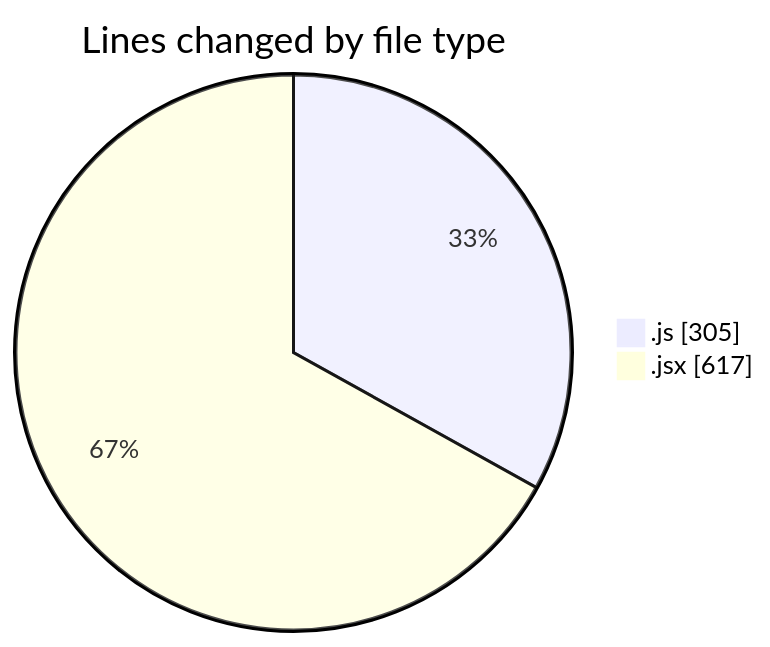
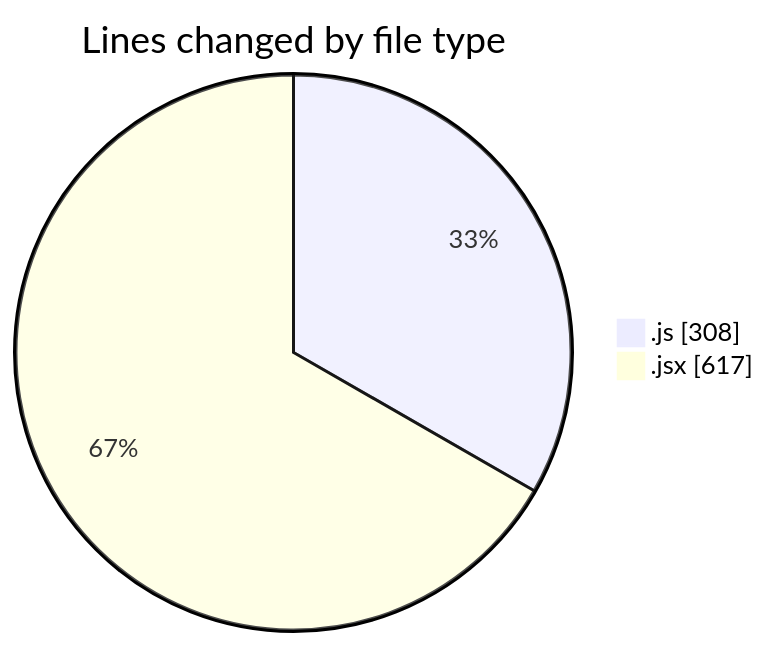
The first of 2 diagrams in 2025-05-31/nxtqube_webapp/README.md (nxtqubesakshisongat/code-tracking), drawn with Mermaid before and after one commit. The commit also changed other lines of this file and 1 other file, not shown here.

````diff
--- a/2025-05-31/nxtqube_webapp/README.md
+++ b/2025-05-31/nxtqube_webapp/README.md
@@ -24,6 +24,6 @@
 ```mermaid
 pie showData
 title Lines changed by file type
-".js" : 305
+".js" : 308
 ".jsx" : 617
 ```
````
